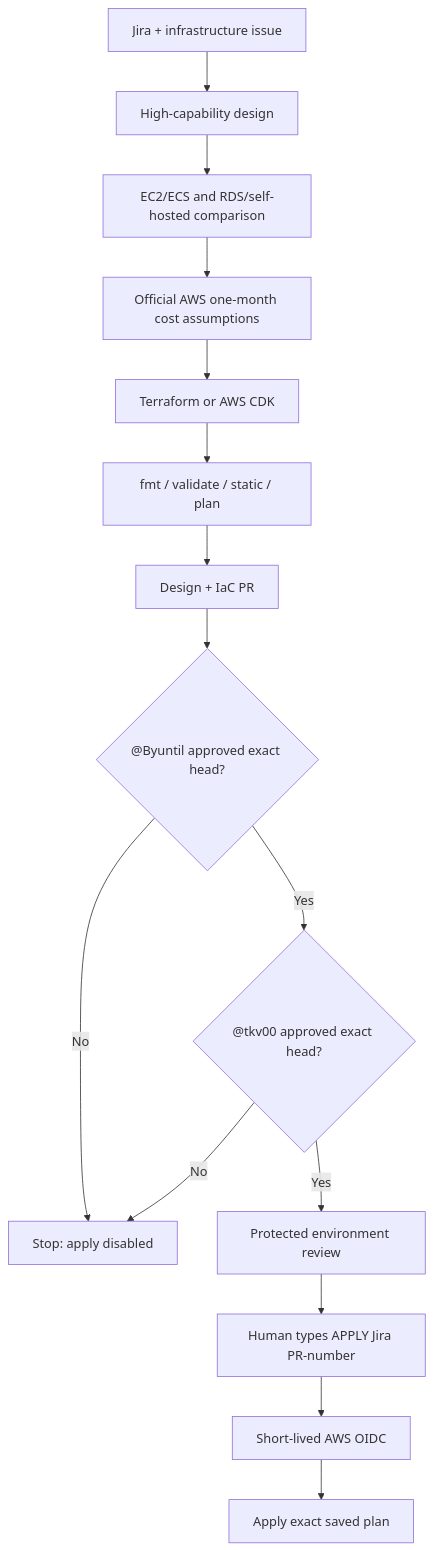
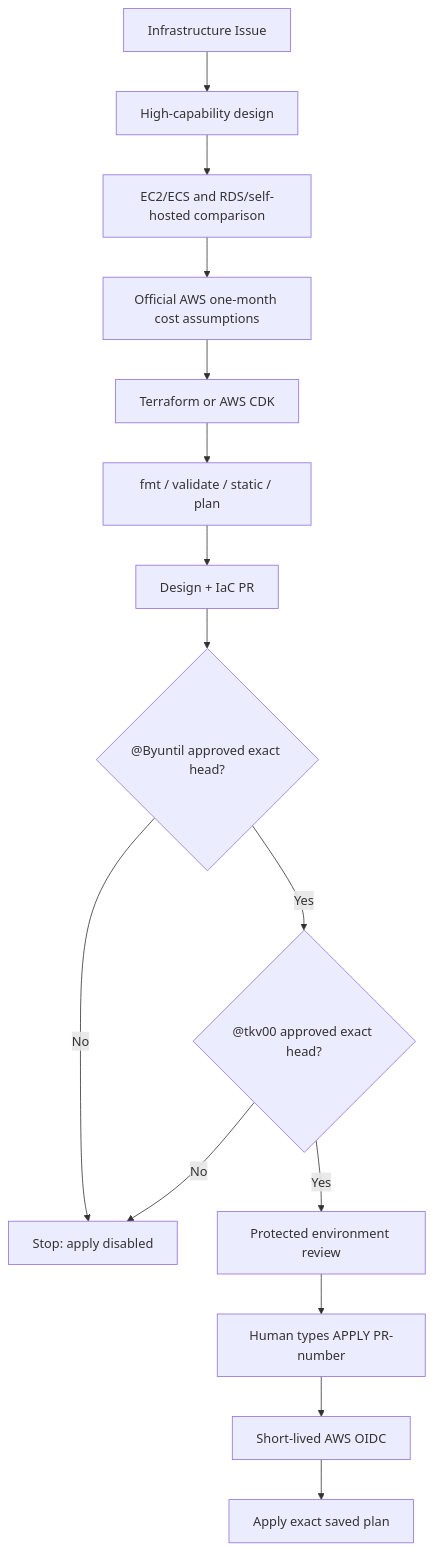
One commit to dnd-side-project/dnd-15th-2-backend changed the third of 3 diagrams in docs/harness/ARCHITECTURE.md. Above: the diagram before and after it, drawn with Mermaid. The commit also changed other lines of this file and 67 other files, not shown here.

````diff
--- a/docs/harness/ARCHITECTURE.md
+++ b/docs/harness/ARCHITECTURE.md
@@ -52,17 +52,17 @@
 ```mermaid
 flowchart TD
-    Ticket["Jira + infrastructure issue"] --> Design["High-capability design"]
+    Ticket["Infrastructure Issue"] --> Design["High-capability design"]
     Design --> Compare["EC2/ECS and RDS/self-hosted comparison"]
     Compare --> Cost["Official AWS one-month cost assumptions"]
     Cost --> IaC["Terraform or AWS CDK"]
     IaC --> Static["fmt / validate / static / plan"]
     Static --> PR["Design + IaC PR"]
     PR --> A1{"@Byuntil approved exact head?"}
     A1 -- No --> Stop["Stop: apply disabled"]
     A1 -- Yes --> A2{"@tkv00 approved exact head?"}
     A2 -- No --> Stop
     A2 -- Yes --> Env["Protected environment review"]
-    Env --> Phrase["Human types APPLY Jira PR-number"]
+    Env --> Phrase["Human types APPLY PR-number"]
     Phrase --> OIDC["Short-lived AWS OIDC"]
     OIDC --> Apply["Apply exact saved plan"]
 ```
````
